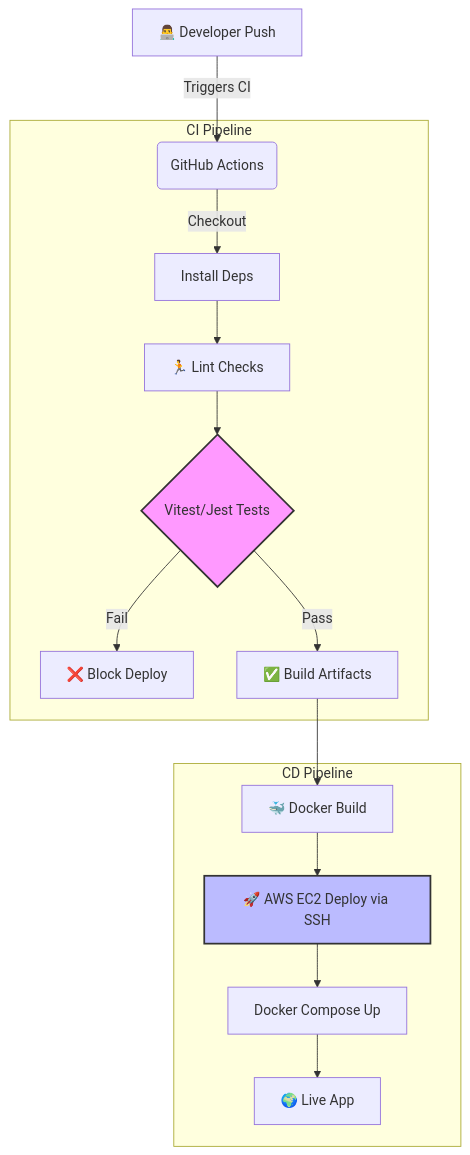
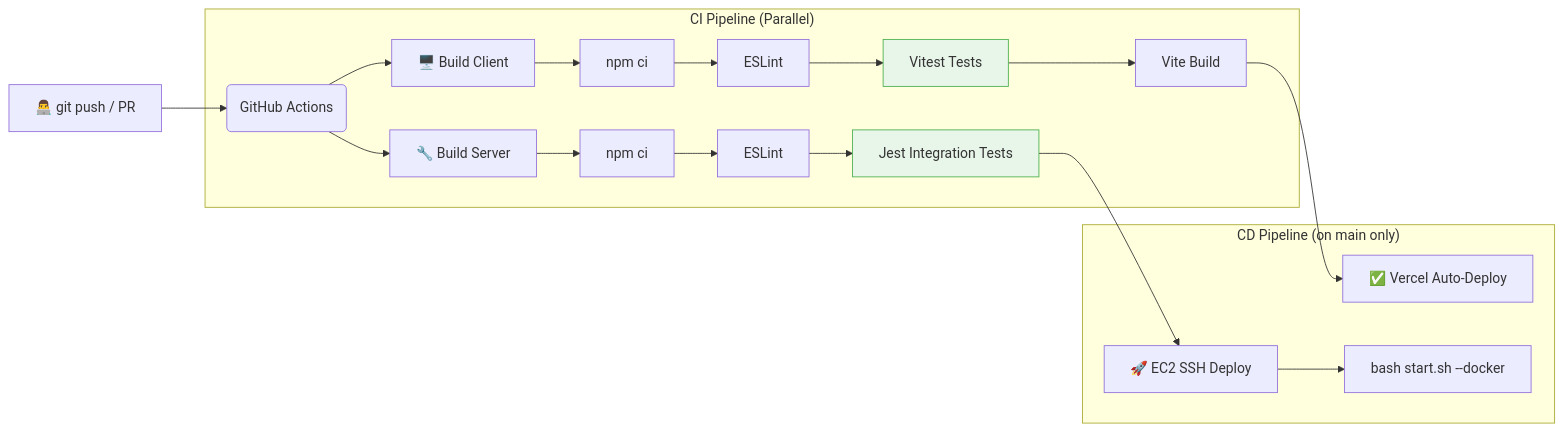
Before and after one commit to BULLET7878/SESD-Project: the second of 2 diagrams in README.md, drawn with Mermaid. The commit also changed other lines of this file and 6 other files, not shown here.

Commit message:
feat(eval): add unit tests, integration tests, EC2 deploy, and full README

````diff
--- a/README.md
+++ b/README.md
@@ -28,22 +54,25 @@
 ```mermaid
-graph TD
-    A[👨‍💻 Developer Push] -->|Triggers CI| B(GitHub Actions)
+graph LR
+    A[👨‍💻 git push / PR] --> B(GitHub Actions)
     
-    subgraph CI Pipeline
-        B -->|Checkout| C[Install Deps]
-        C --> D[🏃 Lint Checks]
-        D --> E{Vitest/Jest Tests}
-        E -->|Fail| F[❌ Block Deploy]
-        E -->|Pass| G[✅ Build Artifacts]
+    subgraph CI ["CI Pipeline (Parallel)"]
+        B --> C[🖥️ Build Client]
+        B --> D[🔧 Build Server]
+        C --> C1[npm ci]
+        C1 --> C2[ESLint]
+        C2 --> C3[Vitest Tests]
+        C3 --> C4[Vite Build]
+        D --> D1[npm ci]
+        D1 --> D2[ESLint]
+        D2 --> D3[Jest Integration Tests]
     end
 
-    subgraph CD Pipeline
-        G --> H[🐳 Docker Build]
-        H --> I[🚀 AWS EC2 Deploy via SSH]
-        I --> J[Docker Compose Up]
-        J --> K[🌍 Live App]
+    subgraph CD ["CD Pipeline (on main only)"]
+        C4 --> E[✅ Vercel Auto-Deploy]
+        D3 --> F[🚀 EC2 SSH Deploy]
+        F --> G[bash start.sh --docker]
     end
-    
-    style E fill:#f9f,stroke:#333,stroke-width:2px
-    style I fill:#bbf,stroke:#333,stroke-width:2px
+
+    style C3 fill:#e8f5e9,stroke:#4caf50
+    style D3 fill:#e8f5e9,stroke:#4caf50
 ```
````
